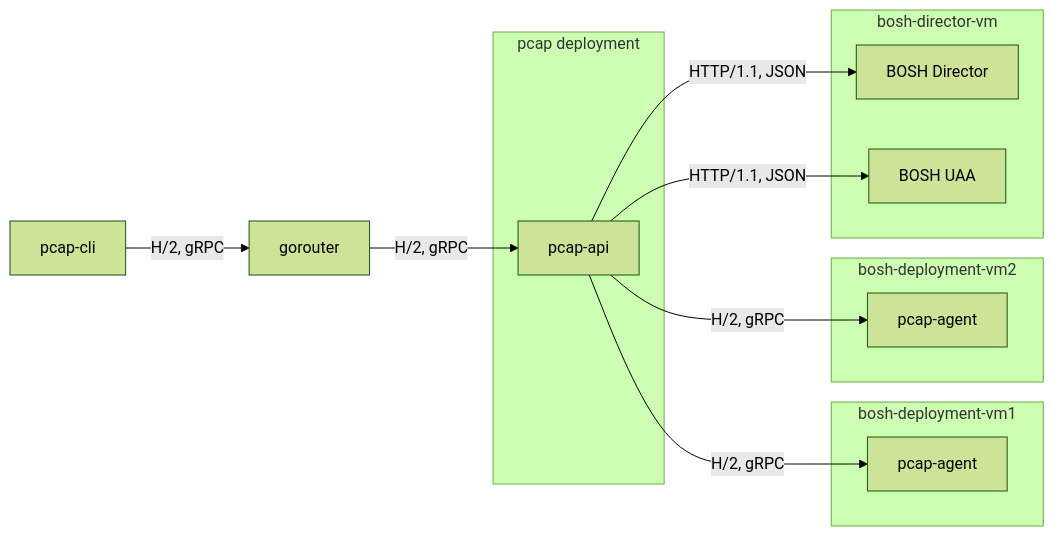
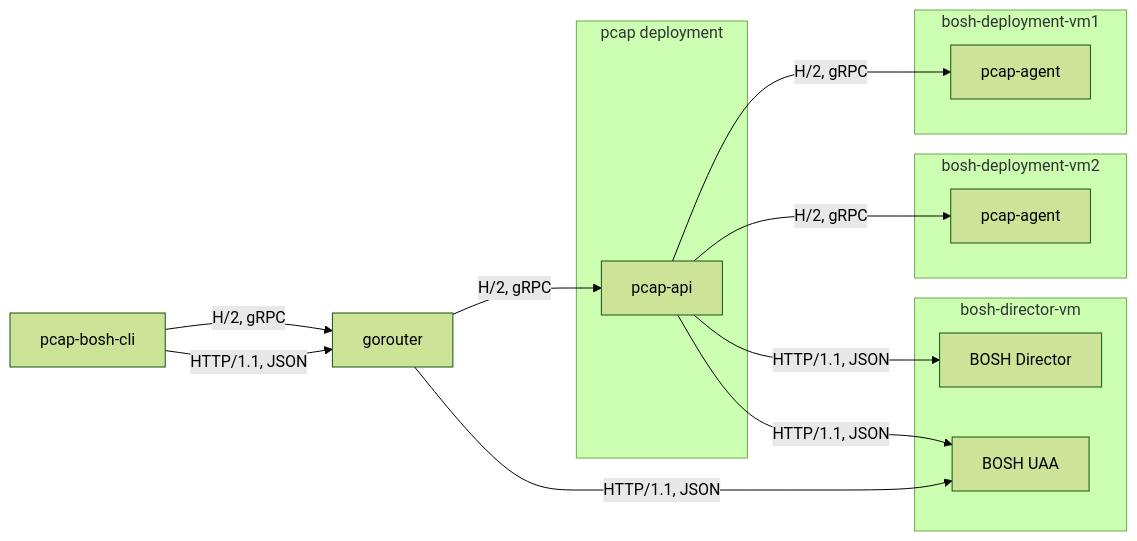
Before and after one commit to cloudfoundry/pcap-release: the third of 21 diagrams in docs/api-communication-spec.md, drawn with Mermaid (forest theme). The commit also changed other lines of this file, not shown here.

Commit message:
docs(api): Address review comments

````diff
--- a/docs/api-communication-spec.md
+++ b/docs/api-communication-spec.md
@@ -163,21 +172,24 @@
 ```mermaid
 flowchart LR
-    pcap-cli -->|H/2, gRPC| gorouter
+    pcap-bosh-cli -->|H/2, gRPC| gorouter
     gorouter -->|H/2, gRPC| pcap-api
 
     subgraph pcap deployment
         pcap-api
     end
         
     subgraph bosh-deployment-vm1
         pcap-api -->|H/2, gRPC| a1[pcap-agent]
     end
     subgraph bosh-deployment-vm2
         pcap-api -->|H/2, gRPC| a2[pcap-agent]
     end
 
     subgraph bosh-director-vm
         pcap-api -->|HTTP/1.1, JSON| bosh[BOSH Director]
-        pcap-api -->|HTTP/1.1, JSON| bosh-uaa[BOSH UAA]
+      pcap-api -->|HTTP/1.1, JSON| bosh-uaa[BOSH UAA]
     end
+
+    pcap-bosh-cli -->|HTTP/1.1, JSON| gorouter
+    gorouter -->|HTTP/1.1, JSON| bosh-uaa
 ```
````
